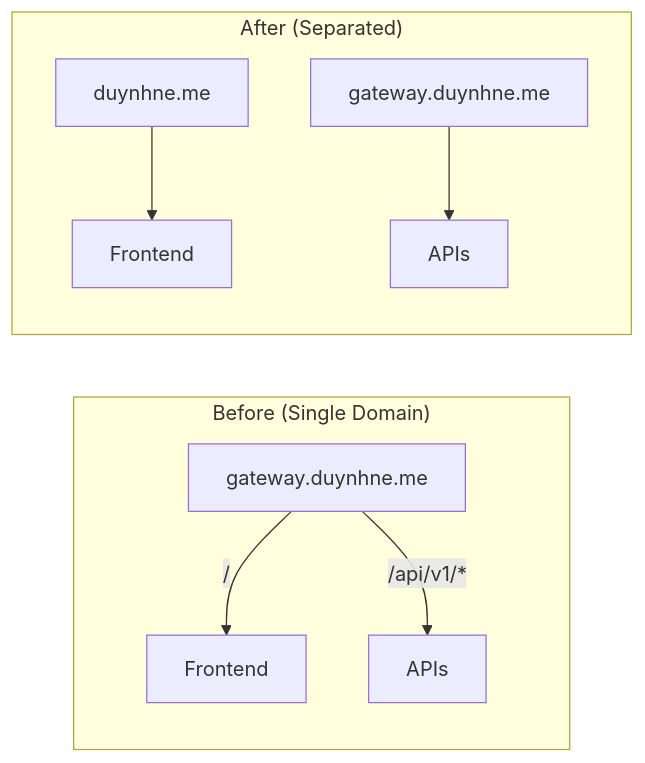
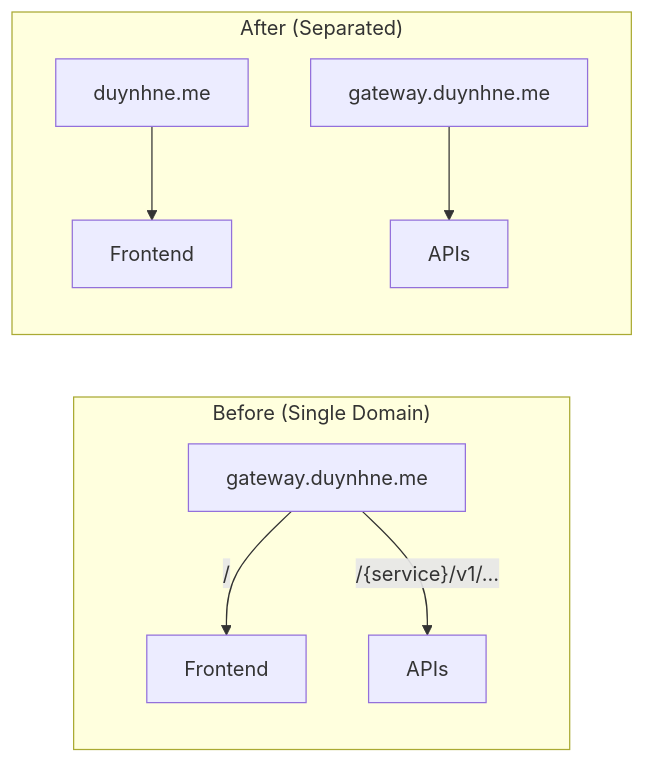
The second of 3 diagrams in docs/platform/kong-gateway.md (duynhlab/homelab), drawn with Mermaid before and after one commit. The commit also changed other lines of this file and 8 other files, not shown here.

````diff
--- a/docs/platform/kong-gateway.md
+++ b/docs/platform/kong-gateway.md
@@ -121,13 +121,13 @@
 ```mermaid
 flowchart LR
     subgraph Before["Before (Single Domain)"]
         GW1["gateway.duynhne.me"]
         GW1 -->|"/"| FE1["Frontend"]
-        GW1 -->|"/api/v1/*"| API1["APIs"]
+        GW1 -->|"/{service}/v1/…"| API1["APIs"]
     end
 
     subgraph After["After (Separated)"]
         D1["duynhne.me"] --> FE2["Frontend"]
         D2["gateway.duynhne.me"] --> API2["APIs"]
     end
 ```
````
